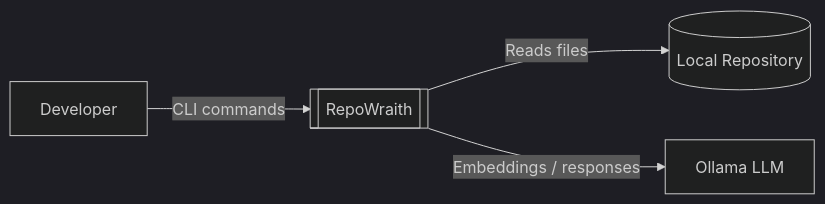
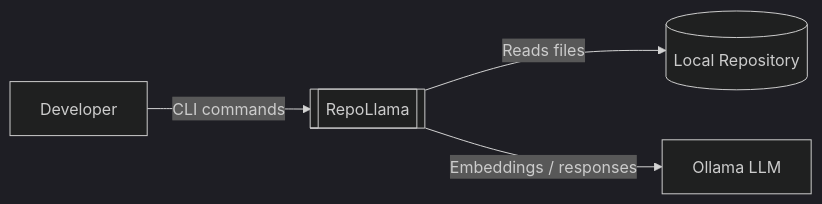
The diagram in docs/5_system_context.md (LisaS7/RepoWraith), drawn with Mermaid (dark theme) before and after one commit. The commit also changed other lines of this file and 38 other files, not shown here.

First line of the commit message:
Rename project from RepoWraith to RepoLlama

````diff
--- a/docs/5_system_context.md
+++ b/docs/5_system_context.md
@@ -7,13 +7,13 @@
 ```mermaid
 flowchart LR
 
     developer[Developer]
     repo[(Local Repository)]
     ollama[Ollama LLM]
-    repowraith[[RepoWraith]]
+    repollama[[RepoLlama]]
 
-    developer -->|CLI commands| repowraith
-    repowraith -->|Reads files| repo
-    repowraith -->|Embeddings / responses| ollama
+    developer -->|CLI commands| repollama
+    repollama -->|Reads files| repo
+    repollama -->|Embeddings / responses| ollama
 
 ```
````
